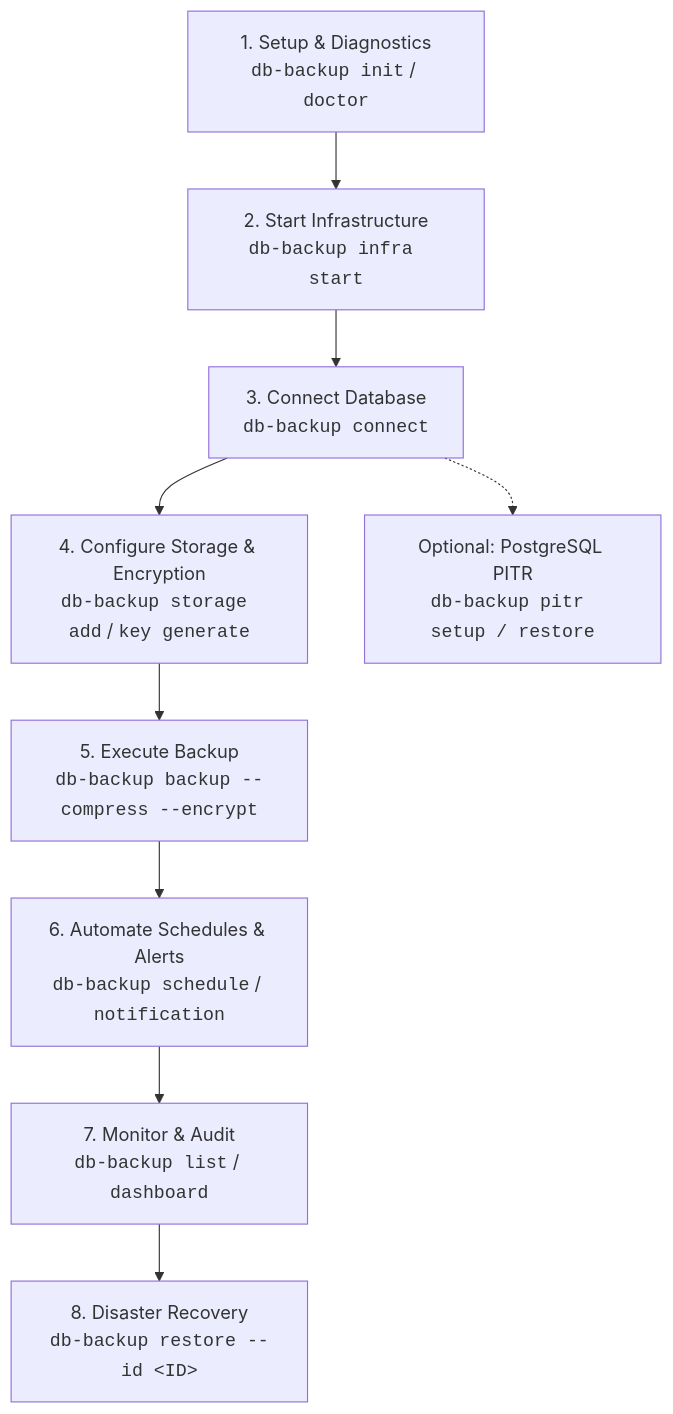
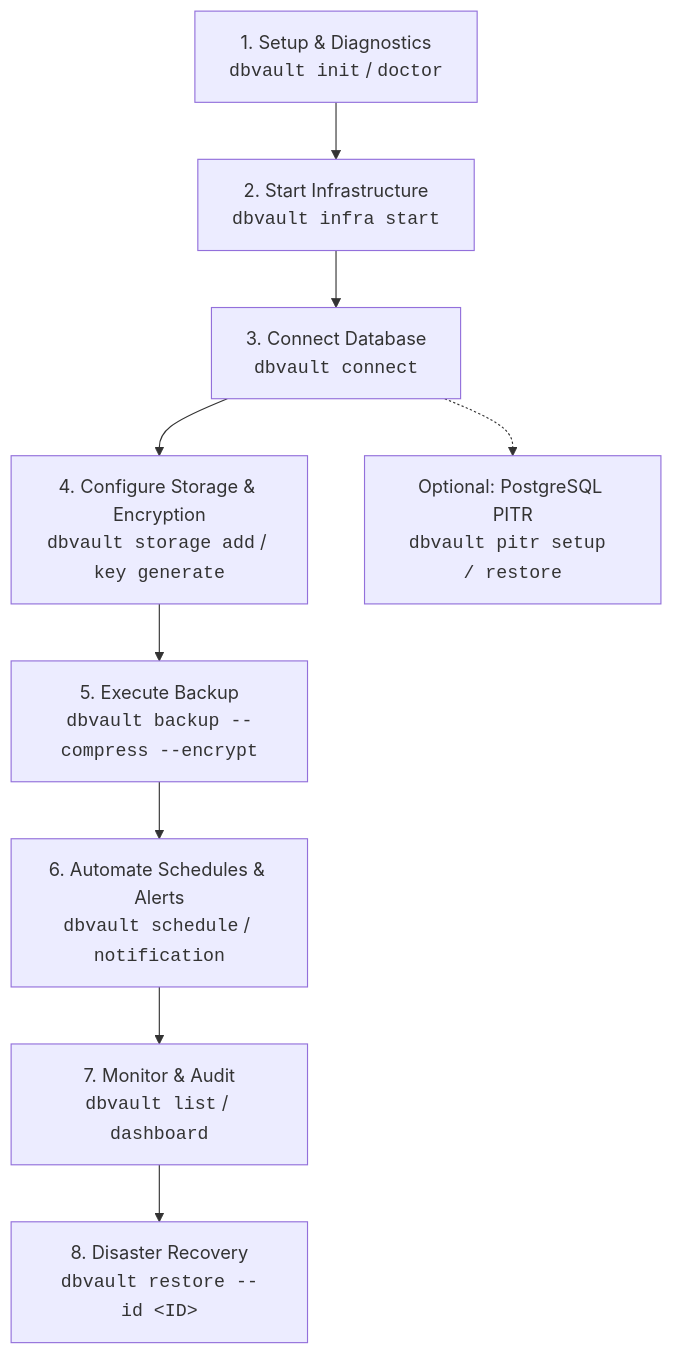
One commit to rithishcodespace/db-backup-cli changed the second of 2 diagrams in README.md. Above: the diagram before and after it, drawn with Mermaid. The commit also changed other lines of this file and 24 other files, not shown here.

Commit message:
feat: configure dbvault npm package and primary CLI command

````diff
--- a/README.md
+++ b/README.md
@@ -239,11 +253,11 @@
 ```mermaid
 flowchart TD
-    A["1. Setup & Diagnostics<br/><code>db-backup init</code> / <code>doctor</code>"] --> B["2. Start Infrastructure<br/><code>db-backup infra start</code>"]
-    B --> C["3. Connect Database<br/><code>db-backup connect</code>"]
-    C --> D["4. Configure Storage & Encryption<br/><code>db-backup storage add</code> / <code>key generate</code>"]
-    D --> E["5. Execute Backup<br/><code>db-backup backup --compress --encrypt</code>"]
-    E --> F["6. Automate Schedules & Alerts<br/><code>db-backup schedule</code> / <code>notification</code>"]
-    F --> G["7. Monitor & Audit<br/><code>db-backup list</code> / <code>dashboard</code>"]
-    G --> H["8. Disaster Recovery<br/><code>db-backup restore --id &lt;ID&gt;</code>"]
-    C -.-> I["Optional: PostgreSQL PITR<br/><code>db-backup pitr setup / restore</code>"]
+    A["1. Setup & Diagnostics<br/><code>dbvault init</code> / <code>doctor</code>"] --> B["2. Start Infrastructure<br/><code>dbvault infra start</code>"]
+    B --> C["3. Connect Database<br/><code>dbvault connect</code>"]
+    C --> D["4. Configure Storage & Encryption<br/><code>dbvault storage add</code> / <code>key generate</code>"]
+    D --> E["5. Execute Backup<br/><code>dbvault backup --compress --encrypt</code>"]
+    E --> F["6. Automate Schedules & Alerts<br/><code>dbvault schedule</code> / <code>notification</code>"]
+    F --> G["7. Monitor & Audit<br/><code>dbvault list</code> / <code>dashboard</code>"]
+    G --> H["8. Disaster Recovery<br/><code>dbvault restore --id &lt;ID&gt;</code>"]
+    C -.-> I["Optional: PostgreSQL PITR<br/><code>dbvault pitr setup / restore</code>"]
 ```
````
